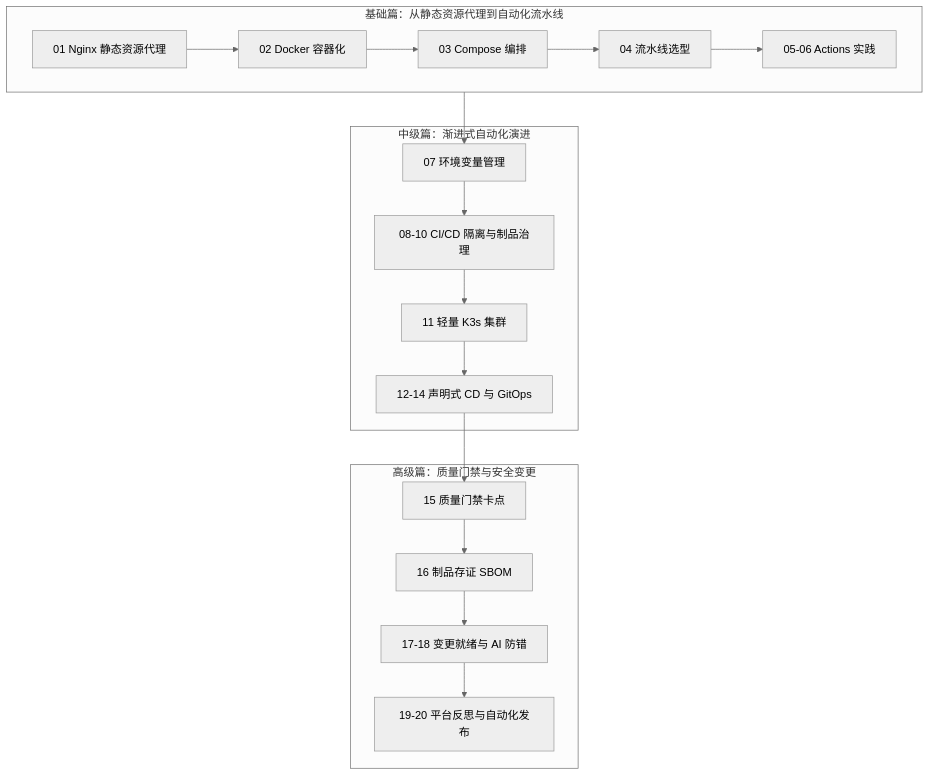
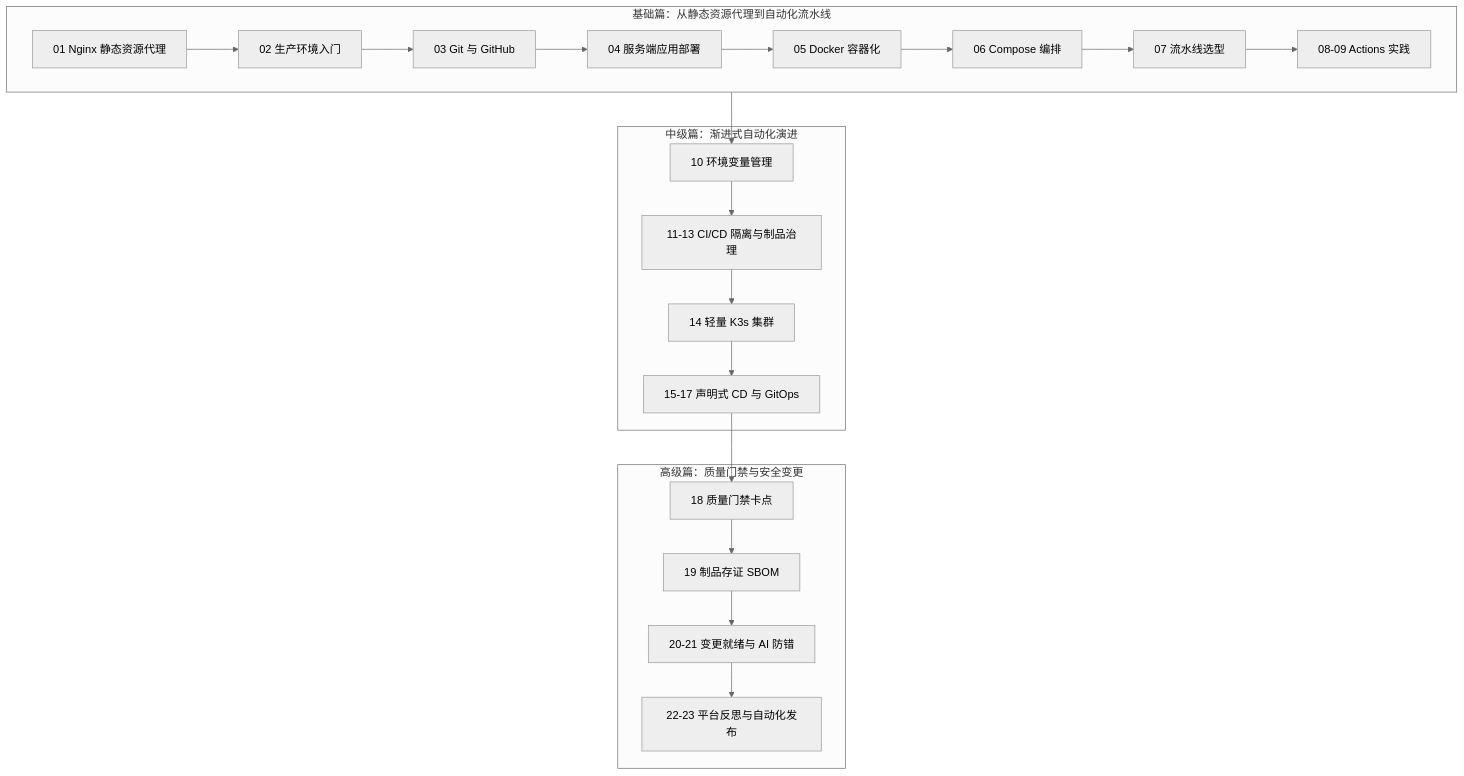
One commit to xiaolinstar/xiaolin-docs changed the diagram in docs/sre/devops/index.md. Above: the diagram before and after it, drawn with Mermaid (neutral theme). The commit also changed other lines of this file and 10 other files, not shown here.

````diff
--- a/docs/sre/devops/index.md
+++ b/docs/sre/devops/index.md
@@ -18,24 +18,27 @@
 ```mermaid
 graph TD
     subgraph 基础篇 ["基础篇：从静态资源代理到自动化流水线"]
-        start["01 Nginx 静态资源代理"] --> docker["02 Docker 容器化"]
-        docker --> compose["03 Compose 编排"]
-        compose --> pipeline["04 流水线选型"]
-        pipeline --> actions["05-06 Actions 实践"]
+        start["01 Nginx 静态资源代理"] --> prod["02 生产环境入门"]
+        prod --> git["03 Git 与 GitHub"]
+        git --> server["04 服务端应用部署"]
+        server --> docker["05 Docker 容器化"]
+        docker --> compose["06 Compose 编排"]
+        compose --> pipeline["07 流水线选型"]
+        pipeline --> actions["08-09 Actions 实践"]
     end
 
     subgraph 中级篇 ["中级篇：渐进式自动化演进"]
-        L1["07 环境变量管理"] --> L2["08-10 CI/CD 隔离与制品治理"]
-        L2 --> L3["11 轻量 K3s 集群"]
-        L3 --> L4["12-14 声明式 CD 与 GitOps"]
+        L1["10 环境变量管理"] --> L2["11-13 CI/CD 隔离与制品治理"]
+        L2 --> L3["14 轻量 K3s 集群"]
+        L3 --> L4["15-17 声明式 CD 与 GitOps"]
     end
 
     subgraph 高级篇 ["高级篇：质量门禁与安全变更"]
-        L5["15 质量门禁卡点"] --> L6["16 制品存证 SBOM"]
-        L6 --> L7["17-18 变更就绪与 AI 防错"]
-        L7 --> L8["19-20 平台反思与自动化发布"]
+        L5["18 质量门禁卡点"] --> L6["19 制品存证 SBOM"]
+        L6 --> L7["20-21 变更就绪与 AI 防错"]
+        L7 --> L8["22-23 平台反思与自动化发布"]
     end
 
     基础篇 --> L1
     L4 --> L5
 ```
````
